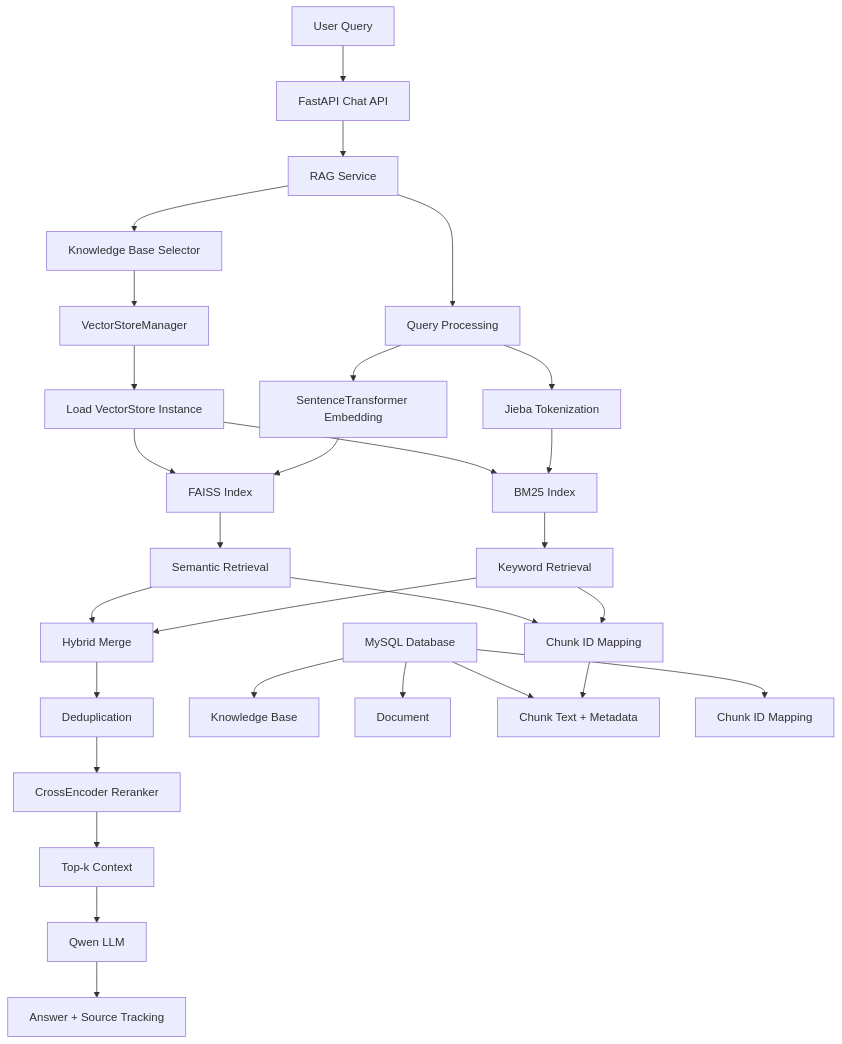
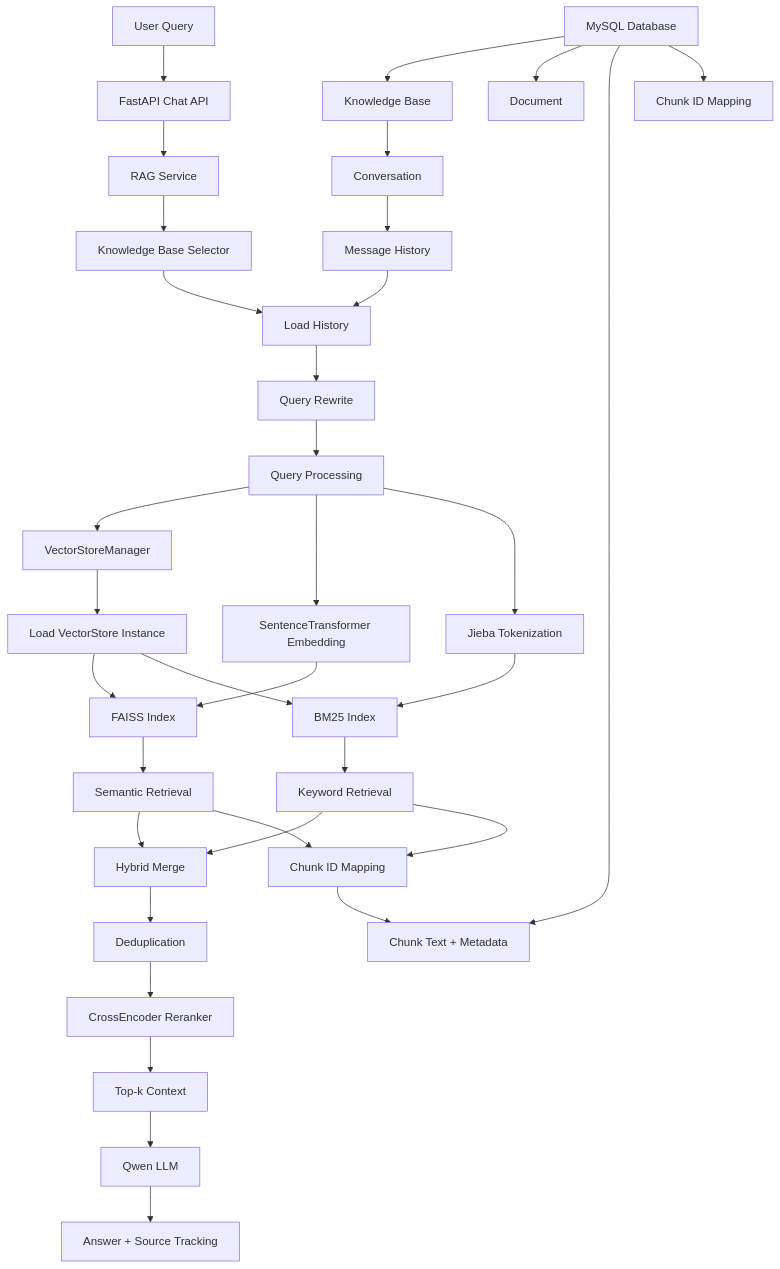
The diagram in docs/evolution/v2_rag.md (yzheAI/Multi-Knowledge-Base-RAG-System), drawn with Mermaid before and after one commit. The commit also changed 1 other file, not shown here.

Commit message:
docs: complete enterprise RAG v2 architecture documentation

````diff
--- a/docs/evolution/v2_rag.md
+++ b/docs/evolution/v2_rag.md
@@ -26,71 +26,79 @@
 ```mermaid
 graph TD
 A[User Query] --> B[FastAPI Chat API]
 
 B --> C[RAG Service]
 
 C --> D[Knowledge Base Selector]
 
-D --> E[VectorStoreManager]
+D --> His[Load History]
+
+His --> Query[Query Rewrite]
+
+Query --> H[Query Processing]
+
+H --> E[VectorStoreManager]
 
 
 E --> F[Load VectorStore Instance]
 
 
 F --> G1[FAISS Index]
 F --> G2[BM25 Index]
-
-
-C --> H[Query Processing]
-
 
 H --> I1[SentenceTransformer Embedding]
 
 H --> I2[Jieba Tokenization]
 
 
 I1 --> G1
 I2 --> G2
 
 
 G1 --> J1[Semantic Retrieval]
 
 G2 --> J2[Keyword Retrieval]
 
 
 J1 --> K[Hybrid Merge]
 
 J2 --> K
 
 
 K --> L[Deduplication]
 
 L --> M[CrossEncoder Reranker]
 
 M --> N[Top-k Context]
 
 
 N --> O[Qwen LLM]
 
 O --> P[Answer + Source Tracking]
 
 
 
 %% Database
 
 Q[MySQL Database]
 
 Q --> Q1[Knowledge Base]
 
 Q --> Q2[Document]
 
 Q --> Q3[Chunk Text + Metadata]
 
 Q --> Q4[Chunk ID Mapping]
 
+Q1 --> Q5[Conversation]
+
+Q5 --> Q6[Message History]
+
+Q6 --> His[Load History]
+
 J1 --> R[Chunk ID Mapping]
 
 J2 --> R
 
 R --> Q3
 ```
````
